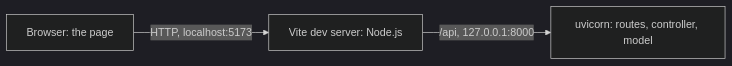
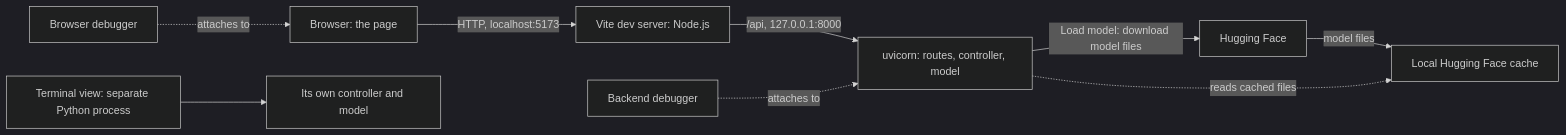
The diagram in README.md (AndreBiermeier/Token-Viewer), drawn with Mermaid (dark theme) before and after one commit. The commit also changed other lines of this file and 1 other file, not shown here.

````diff
--- a/README.md
+++ b/README.md
@@ -74,5 +74,11 @@
 ```mermaid
 flowchart LR
     B["Browser: the page"] -->|"HTTP, localhost:5173"| V["Vite dev server: Node.js"]
     V -->|"/api, 127.0.0.1:8000"| U["uvicorn: routes, controller, model"]
+    U -->|"Load model: download model files"| HF["Hugging Face"]
+    HF -->|"model files"| C["Local Hugging Face cache"]
+    U -. "reads cached files" .-> C
+    T["Terminal view: separate Python process"] --> TC["Its own controller and model"]
+    DB["Backend debugger"] -. "attaches to" .-> U
+    BD["Browser debugger"] -. "attaches to" .-> B
 ```
````
